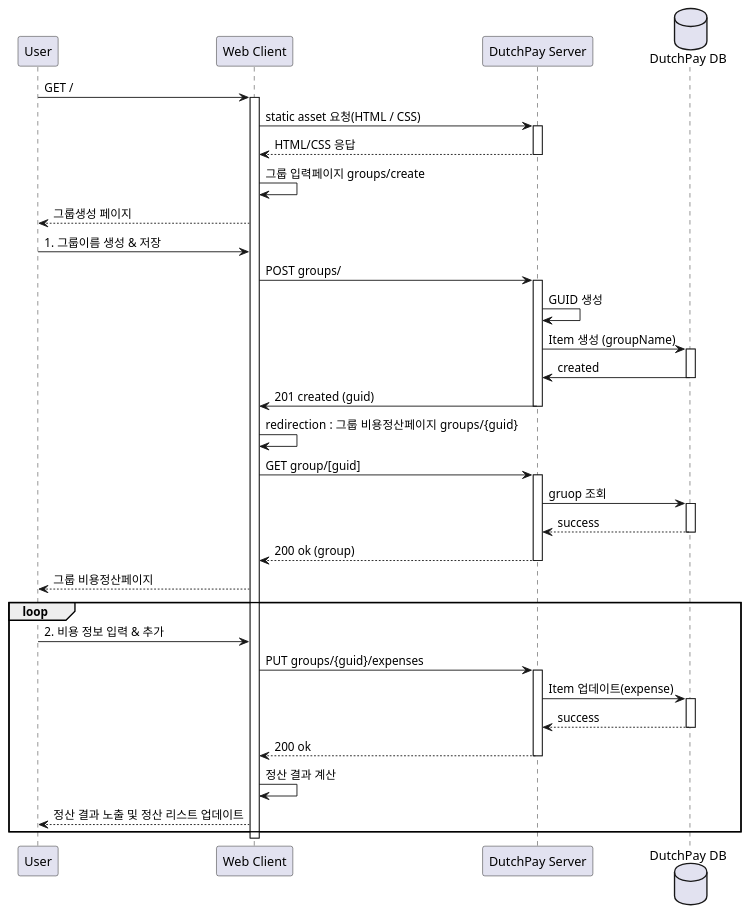
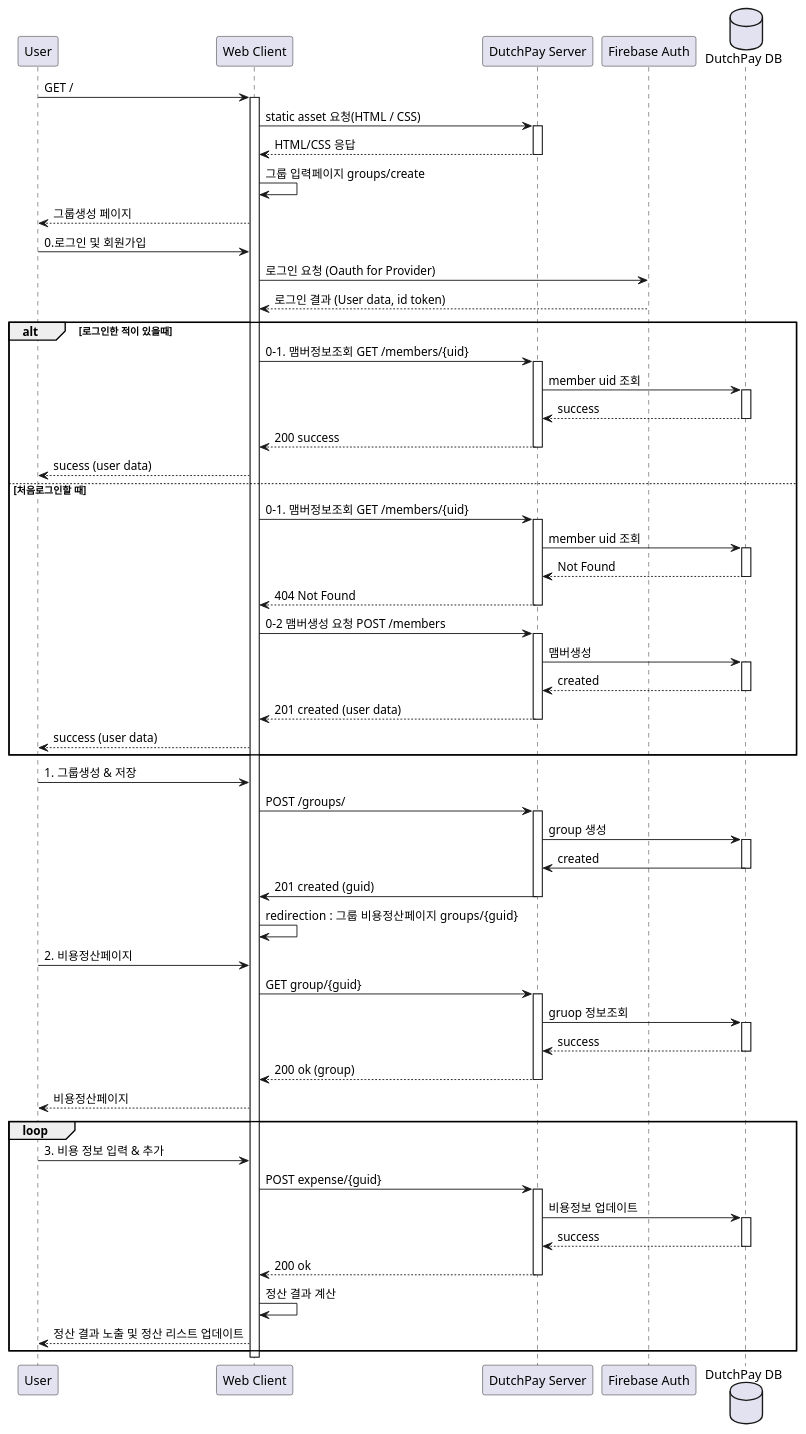
Before and after one commit to Sunset-Kim/dutchpay-app: the diagram in docs/sequence_diagram.plantuml, drawn with PlantUML.

Commit message:
docs: sequence diagram update

```diff
--- a/docs/sequence_diagram.plantuml
+++ b/docs/sequence_diagram.plantuml
@@ -1,55 +1,93 @@
 @startuml sequece
 
 participant User
 participant "Web Client" as C
 participant "DutchPay Server" as S
+participant "Firebase Auth" as FBAUTH
 database "DutchPay DB" as DB
 
 User -> C: GET /
 activate C
 C -> S: static asset 요청(HTML / CSS)
 activate S
 S --> C: HTML/CSS 응답
 deactivate S
 C -> C: 그룹 입력페이지 groups/create
 C --> User: 그룹생성 페이지
 
-User -> C: 1. 그룹이름 생성 & 저장
-C -> S: POST groups/
+User -> C: 0.로그인 및 회원가입
+C -> FBAUTH: 로그인 요청 (Oauth for Provider)
+FBAUTH --> C: 로그인 결과 (User data, id token)
+
+alt 로그인한 적이 있을때
+  C -> S: 0-1. 맴버정보조회 GET /members/{uid}
 activate S
-S -> S: GUID 생성
-S -> DB: Item 생성 (groupName)
+S -> DB: member uid 조회
+  activate DB
+  DB --> S: success
+  deactivate DB
+  S --> C: 200 success 
+  deactivate S
+  C --> User: sucess (user data)
+
+else 처음로그인할 때
+  C -> S: 0-1. 맴버정보조회 GET /members/{uid}
+  activate S
+  S -> DB: member uid 조회
+  activate DB
+  DB --> S: Not Found
+  deactivate DB
+  S --> C: 404 Not Found
+  deactivate S
+  C -> S: 0-2 맴버생성 요청 POST /members
+
+  activate S
+  S -> DB: 맴버생성
+  activate DB
+  DB --> S: created
+  deactivate DB
+  S --> C: 201 created (user data)
+  deactivate S
+  C --> User: success (user data)
+  end
+
+User -> C: 1. 그룹생성 & 저장
+C -> S: POST /groups/
+activate S
+S -> DB: group 생성
 activate DB
 DB -> S: created
 deactivate DB
 S -> C: 201 created (guid)
 deactivate S
 C -> C: redirection : 그룹 비용정산페이지  groups/{guid}
-C -> S: GET group/[guid]
+
+User -> C: 2. 비용정산페이지
+C -> S: GET group/{guid}
 activate S
-S -> DB: gruop 조회
+S -> DB: gruop 정보조회
 activate DB
 DB --> S: success
 deactivate DB
 S --> C: 200 ok (group)
 deactivate S
-C --> User: 그룹 비용정산페이지
+C --> User: 비용정산페이지
 
 loop
-  User -> C: 2. 비용 정보 입력 & 추가
-  C -> S: PUT groups/{guid}/expenses
+  User -> C: 3. 비용 정보 입력 & 추가
+  C -> S: POST expense/{guid}
   activate S
-  S -> DB: Item 업데이트(expense)
+  S -> DB: 비용정보 업데이트
   activate DB
   DB --> S: success
   deactivate DB
   S --> C: 200 ok
   deactivate S
   C -> C: 정산 결과 계산
   C --> User: 정산 결과 노출 및 정산 리스트 업데이트
 end
 
 deactivate C
 
 
 @enduml
```
